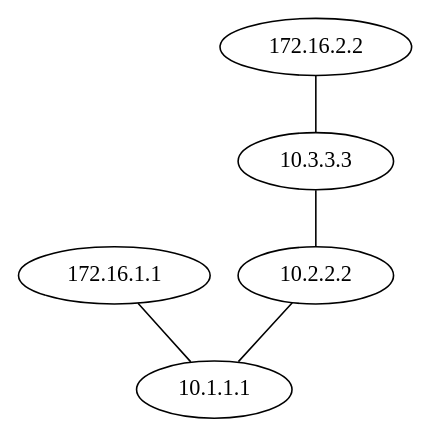
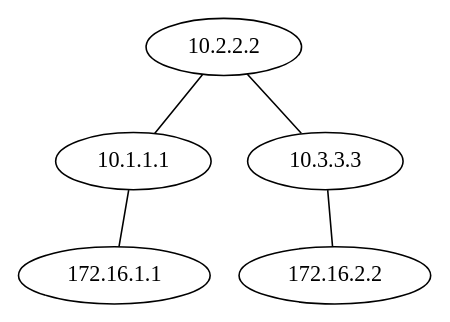
Before and after one commit to hraune/net-automation: the diagram in reporting/output/ospf_neighbor.dot, drawn with Graphviz. The commit also changed 1 other file, not shown here.

```diff
--- a/reporting/output/ospf_neighbor.dot
+++ b/reporting/output/ospf_neighbor.dot
@@ -1,6 +1,6 @@
 graph ospf {
     "10.2.2.2" -- "10.1.1.1"
-    "172.16.1.1" -- "10.1.1.1"
-    "10.3.3.3" -- "10.2.2.2"
-    "172.16.2.2" -- "10.3.3.3"
+    "10.2.2.2" -- "10.3.3.3"
+    "10.1.1.1" -- "172.16.1.1"
+    "10.3.3.3" -- "172.16.2.2"
     }
```
